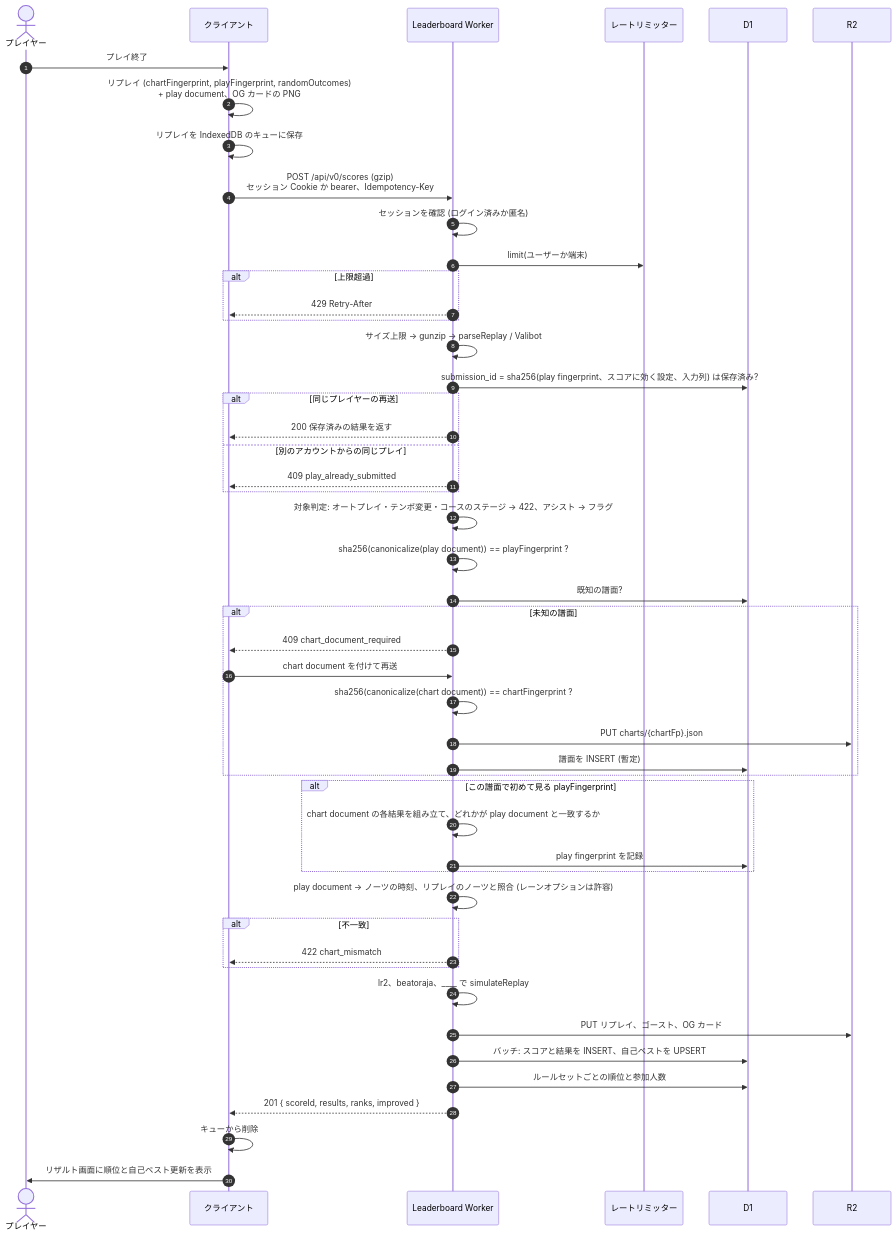
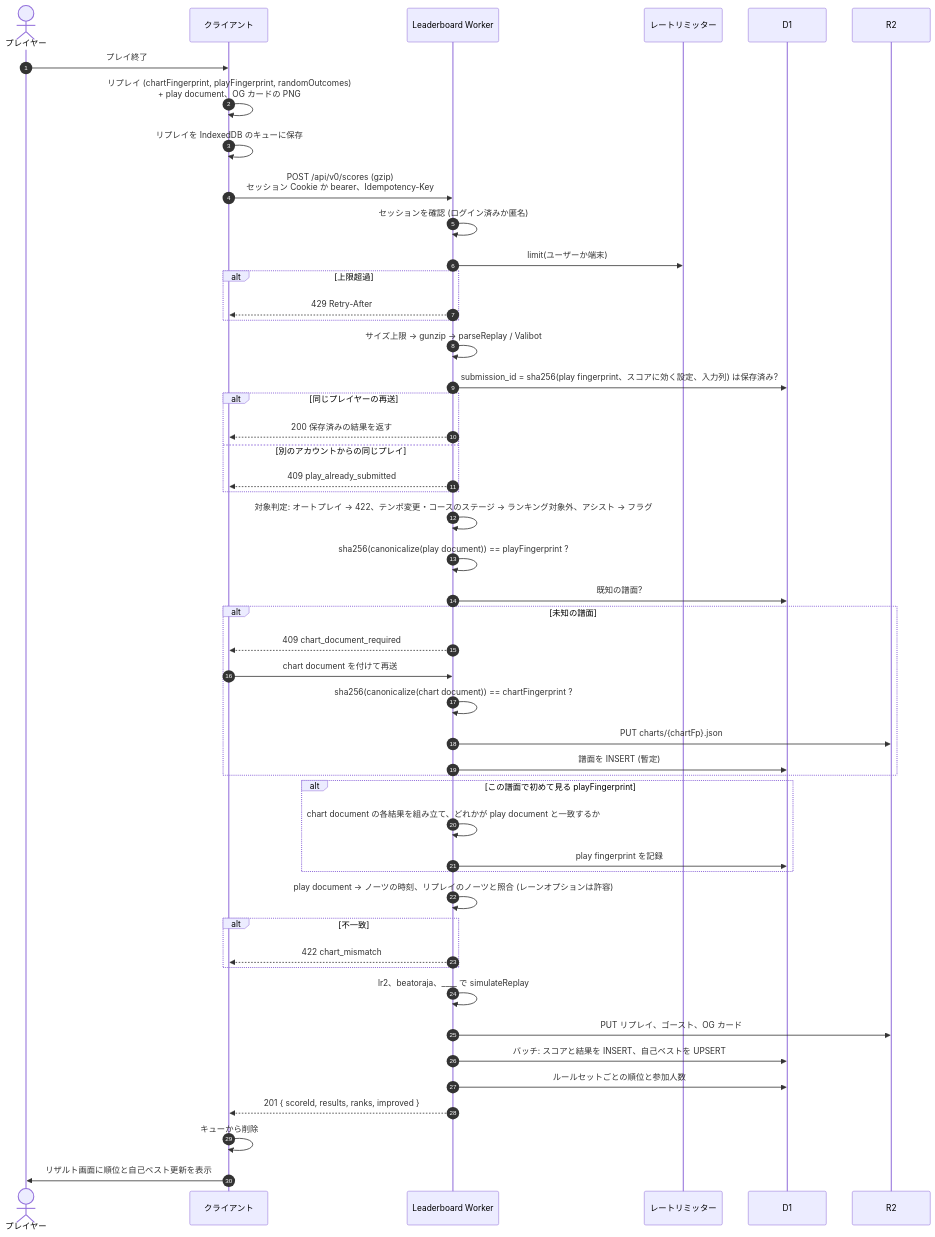
One commit to nulltask/be-music changed the second of 4 diagrams in docs/leaderboard.ja.md. Above: the diagram before and after it, drawn with Mermaid. The commit also changed other lines of this file and 5 other files, not shown here.

````diff
--- a/docs/leaderboard.ja.md
+++ b/docs/leaderboard.ja.md
@@ -130,52 +130,52 @@
 ```mermaid
 sequenceDiagram
     autonumber
     actor P as プレイヤー
     participant C as クライアント
     participant A as Leaderboard Worker
     participant RL as レートリミッター
     participant D as D1
     participant R as R2
 
     P->>C: プレイ終了
     C->>C: リプレイ (chartFingerprint, playFingerprint, randomOutcomes)<br/>+ play document、OG カードの PNG
     C->>C: リプレイを IndexedDB のキューに保存
     C->>A: POST /api/v0/scores (gzip)<br/>セッション Cookie か bearer、Idempotency-Key
     A->>A: セッションを確認 (ログイン済みか匿名)
     A->>RL: limit(ユーザーか端末)
     alt 上限超過
         A-->>C: 429 Retry-After
     end
     A->>A: サイズ上限 → gunzip → parseReplay / Valibot
     A->>D: submission_id = sha256(play fingerprint、スコアに効く設定、入力列) は保存済み?
     alt 同じプレイヤーの再送
         A-->>C: 200 保存済みの結果を返す
     else 別のアカウントからの同じプレイ
         A-->>C: 409 play_already_submitted
     end
-    A->>A: 対象判定: オートプレイ・テンポ変更・コースのステージ → 422、アシスト → フラグ
+    A->>A: 対象判定: オートプレイ → 422、テンポ変更・コースのステージ → ランキング対象外、アシスト → フラグ
     A->>A: sha256(canonicalize(play document)) == playFingerprint ?
     A->>D: 既知の譜面?
     alt 未知の譜面
         A-->>C: 409 chart_document_required
         C->>A: chart document を付けて再送
         A->>A: sha256(canonicalize(chart document)) == chartFingerprint ?
         A->>R: PUT charts/{chartFp}.json
         A->>D: 譜面を INSERT (暫定)
     end
     alt この譜面で初めて見る playFingerprint
         A->>A: chart document の各結果を組み立て、どれかが play document と一致するか
         A->>D: play fingerprint を記録
     end
     A->>A: play document → ノーツの時刻、リプレイのノーツと照合 (レーンオプションは許容)
     alt 不一致
         A-->>C: 422 chart_mismatch
     end
     A->>A: lr2、beatoraja、____ で simulateReplay
     A->>R: PUT リプレイ、ゴースト、OG カード
     A->>D: バッチ: スコアと結果を INSERT、自己ベストを UPSERT
     A->>D: ルールセットごとの順位と参加人数
     A-->>C: 201 { scoreId, results, ranks, improved }
     C->>C: キューから削除
     C->>P: リザルト画面に順位と自己ベスト更新を表示
 ```
````
